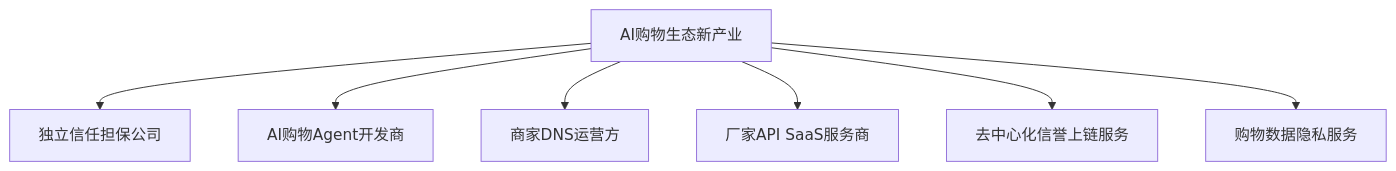
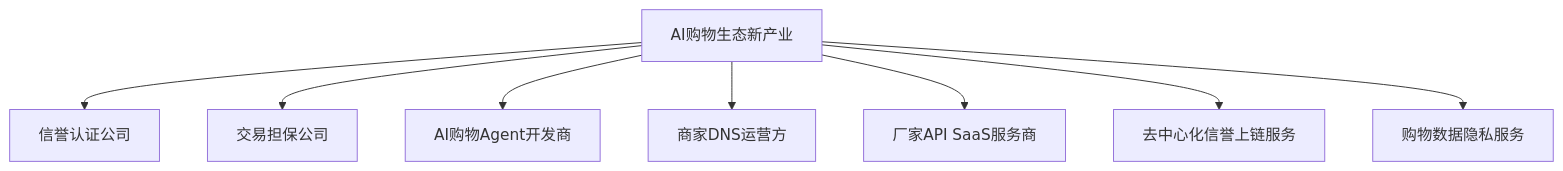
One commit to kaicen-x/ai-shopping-paradigm changed the third of 3 diagrams in 中文简体/04-商业变革与新产业.md. Above: the diagram before and after it, drawn with Mermaid. The commit also changed other lines of this file and 15 other files, not shown here.

````diff
--- a/中文简体/04-商业变革与新产业.md
+++ b/中文简体/04-商业变革与新产业.md
@@ -57,10 +58,11 @@
 ```mermaid
 graph TD
  ROOT[AI购物生态新产业]
- ROOT --> A[独立信任担保公司]
- ROOT --> B[AI购物Agent开发商]
- ROOT --> C[商家DNS运营方]
- ROOT --> D[厂家API SaaS服务商]
- ROOT --> E[去中心化信誉上链服务]
- ROOT --> F[购物数据隐私服务]
+ ROOT --> A[信誉认证公司]
+ ROOT --> B[交易担保公司]
+ ROOT --> C[AI购物Agent开发商]
+ ROOT --> D[商家DNS运营方]
+ ROOT --> E[厂家API SaaS服务商]
+ ROOT --> F[去中心化信誉上链服务]
+ ROOT --> G[购物数据隐私服务]
 ```
````
